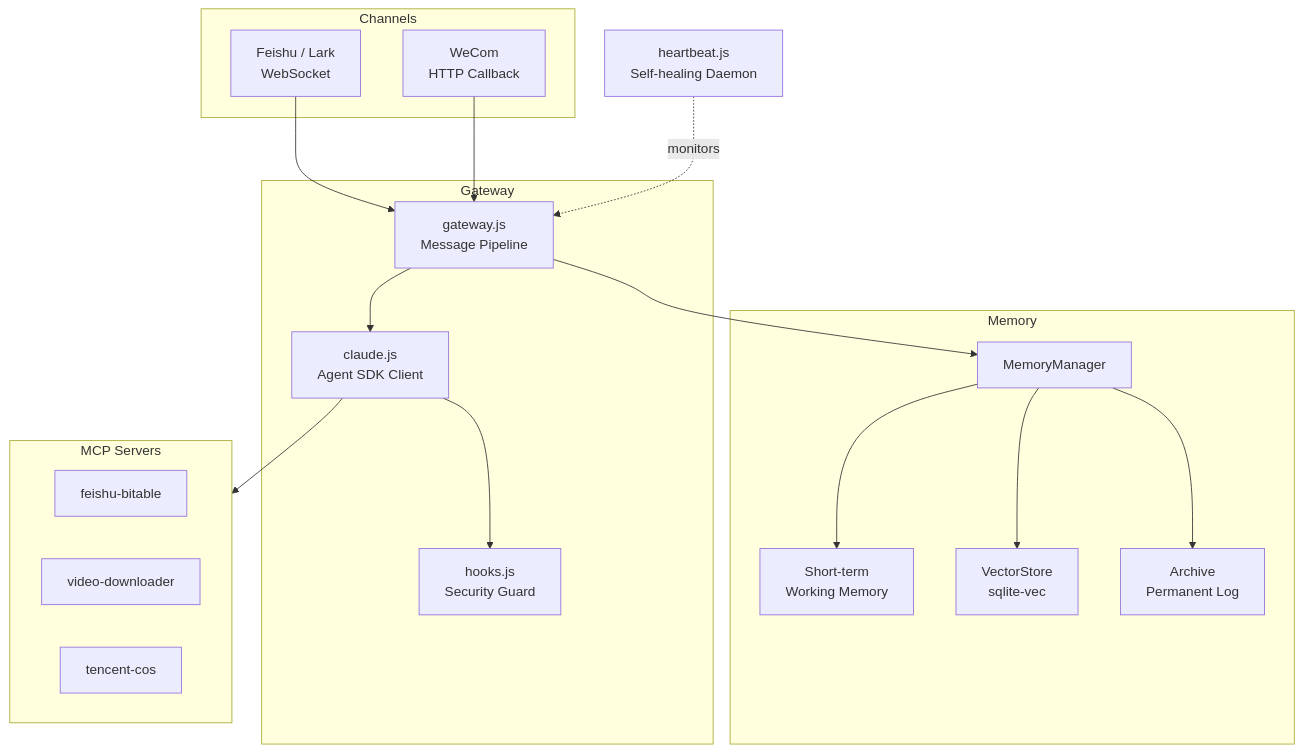
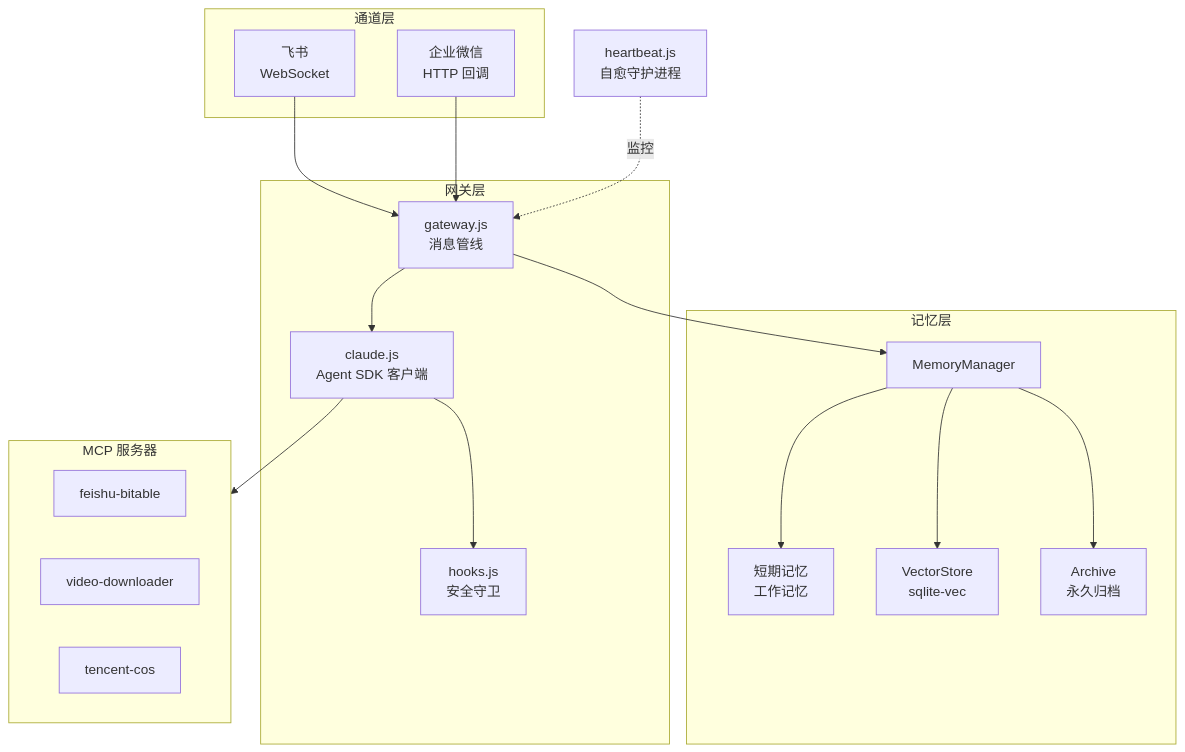
One commit to mistprismlabs/open-mist changed the diagram in README.md. Above: the diagram before and after it, drawn with Mermaid. The commit also changed other lines of this file and 1 other file, not shown here.

````diff
--- a/README.md
+++ b/README.md
@@ -33,39 +35,39 @@
 ```mermaid
 flowchart TB
-    subgraph Channels
-        F[Feishu / Lark<br>WebSocket]
-        W[WeCom<br>HTTP Callback]
+    subgraph Channels["通道层"]
+        F[飞书<br>WebSocket]
+        W[企业微信<br>HTTP 回调]
     end
 
-    subgraph Gateway
-        GW[gateway.js<br>Message Pipeline]
-        CL[claude.js<br>Agent SDK Client]
-        HK[hooks.js<br>Security Guard]
+    subgraph Gateway["网关层"]
+        GW[gateway.js<br>消息管线]
+        CL[claude.js<br>Agent SDK 客户端]
+        HK[hooks.js<br>安全守卫]
     end
 
-    subgraph Memory
+    subgraph Memory["记忆层"]
         MM[MemoryManager]
-        ST[Short-term<br>Working Memory]
+        ST[短期记忆<br>工作记忆]
         VS[VectorStore<br>sqlite-vec]
-        AR[Archive<br>Permanent Log]
+        AR[Archive<br>永久归档]
     end
 
-    subgraph MCP["MCP Servers"]
+    subgraph MCP["MCP 服务器"]
         MB[feishu-bitable]
         MV[video-downloader]
         MC[tencent-cos]
     end
 
-    HB[heartbeat.js<br>Self-healing Daemon]
+    HB[heartbeat.js<br>自愈守护进程]
 
     F --> GW
     W --> GW
     GW --> MM
     MM --> ST
     MM --> VS
     MM --> AR
     GW --> CL
     CL --> HK
     CL --> MCP
-    HB -.->|monitors| GW
+    HB -.->|监控| GW
 ```
````
